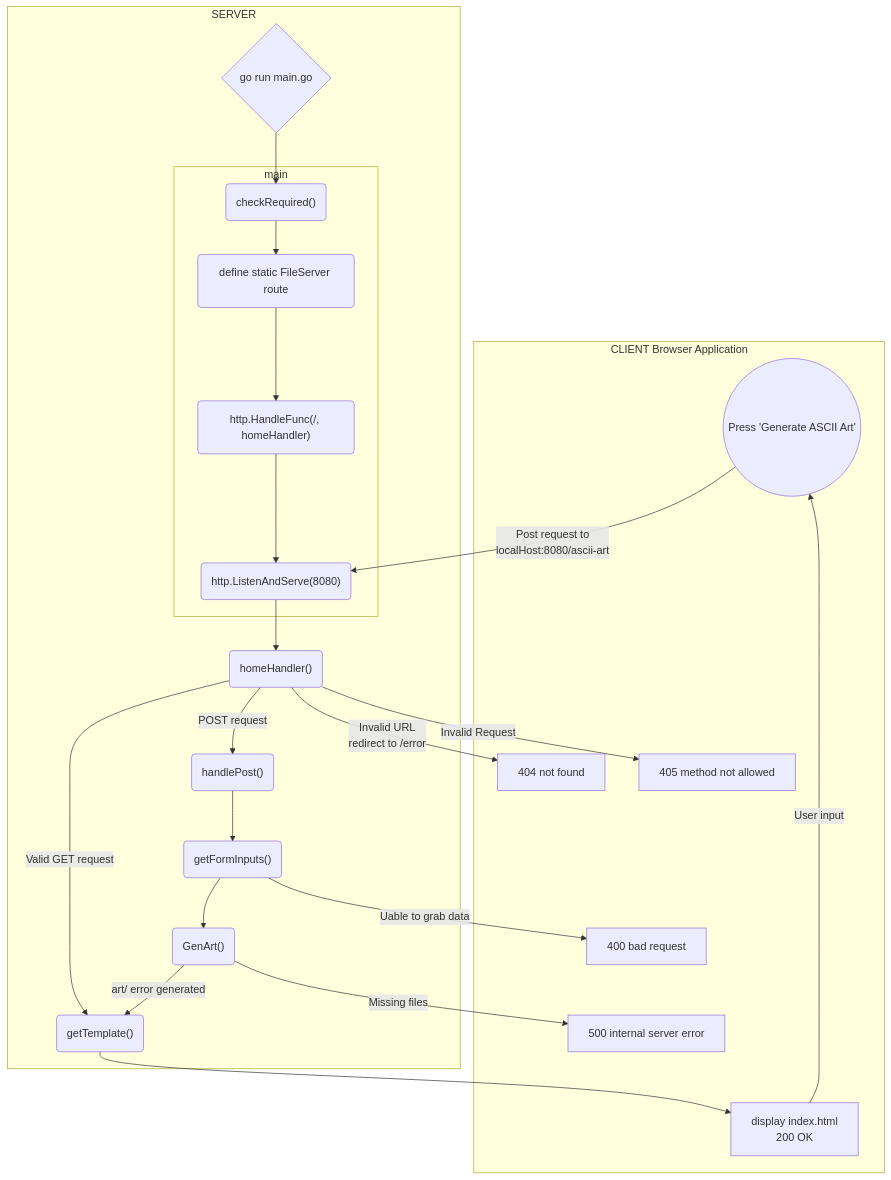
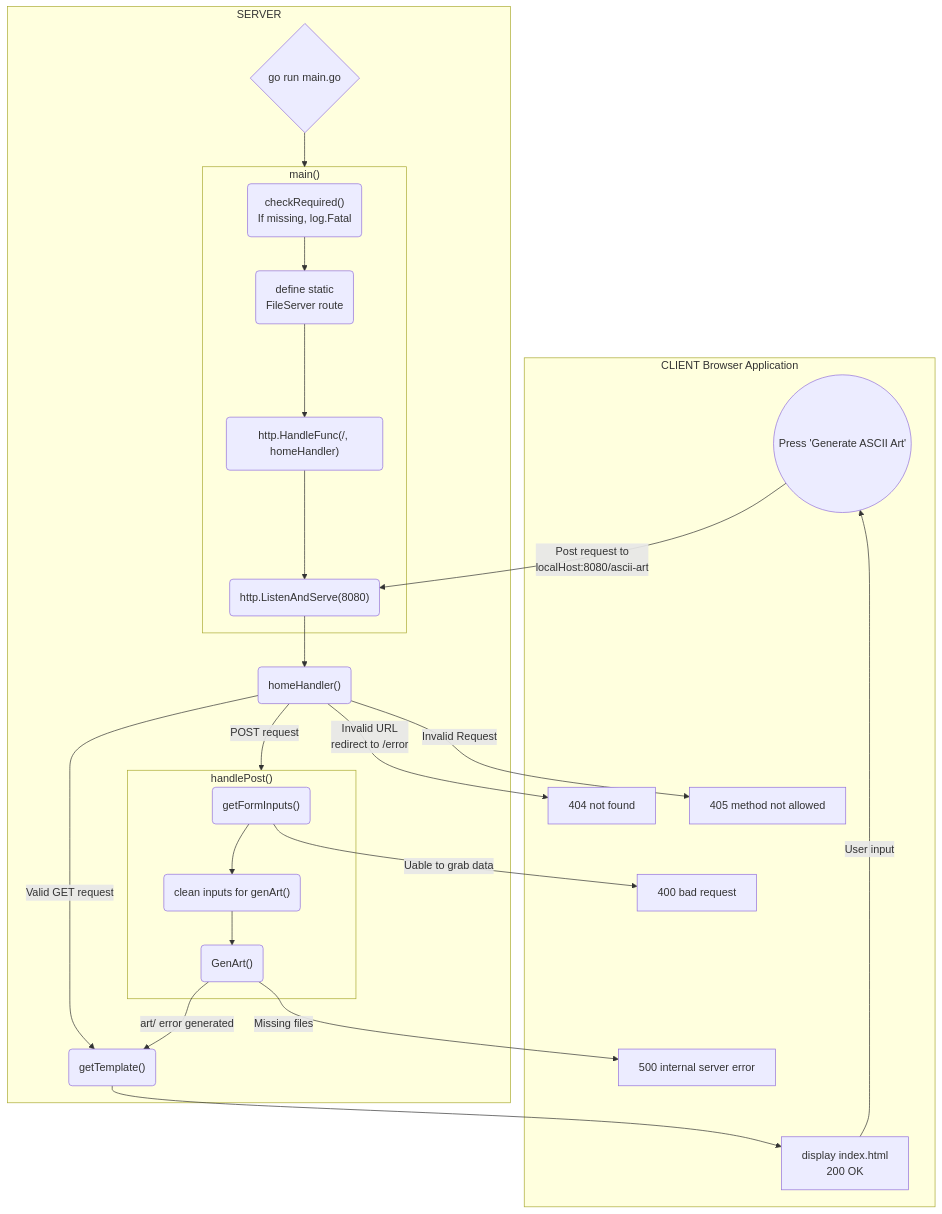
One commit to OthmaneAfilali/ascii-art-web-Refactor changed the diagram in README.md. Above: the diagram before and after it, drawn with Mermaid. The commit also changed other lines of this file, not shown here.

````diff
--- a/README.md
+++ b/README.md
@@ -41,44 +42,49 @@
 ```mermaid
 flowchart TB
     subgraph client [CLIENT Browser Application]
         pressBtn((Press 'Generate ASCII Art'))
         invalidURL["404 not found"]
         inValidRq["405 method not allowed"]
         rFormErr["400 bad request"]
         missing["500 internal server error"]
         index["display index.html
         200 OK"]
     end
 
     subgraph server [SERVER]
-        start{"go run main.go"}
-        subgraph main
-            checkReq("checkRequired()")
-            static("define static FileServer route")
+    start{"go run main.go"}
+        subgraph main ["main()"]
+            checkReq("checkRequired()
+            If missing, log.Fatal")
+            static("define static 
+            FileServer route")
             register("http.HandleFunc(/, homeHandler)")
             listener("http.ListenAndServe(8080)")
         end
         homeFn("homeHandler()")
-        rForm("getFormInputs()")
-        genArt("GenArt()")
         template("getTemplate()")
-        handlePost("handlePost()")
+        subgraph handlePost ["handlePost()"]
+            rForm("getFormInputs()")
+            clean("clean inputs for genArt()")
+            genArt("GenArt()")
+        end
 
-        start --> checkReq--> static -->register--> listener--> homeFn;
+        checkReq--> static -->register--> listener--> homeFn;
         homeFn-->
         |Valid GET request|template-->
         index--User input-->
         pressBtn-->
         |Post request to
         localHost:8080/ascii-art| listener;
         homeFn-->
-        |POST request|handlePost-->
-        rForm-->genArt-->|art/ error generated|template;
+        |POST request|handlePost;
+        rForm-->clean-->genArt-->|art/ error generated|template;
     end
-
+    
+    start --> main;
     homeFn--Invalid URL
     redirect to /error-->invalidURL;
     homeFn--Invalid Request-->inValidRq;
     rForm--Uable to grab data-->rFormErr;
     genArt--Missing files-->missing;
 ```
````
